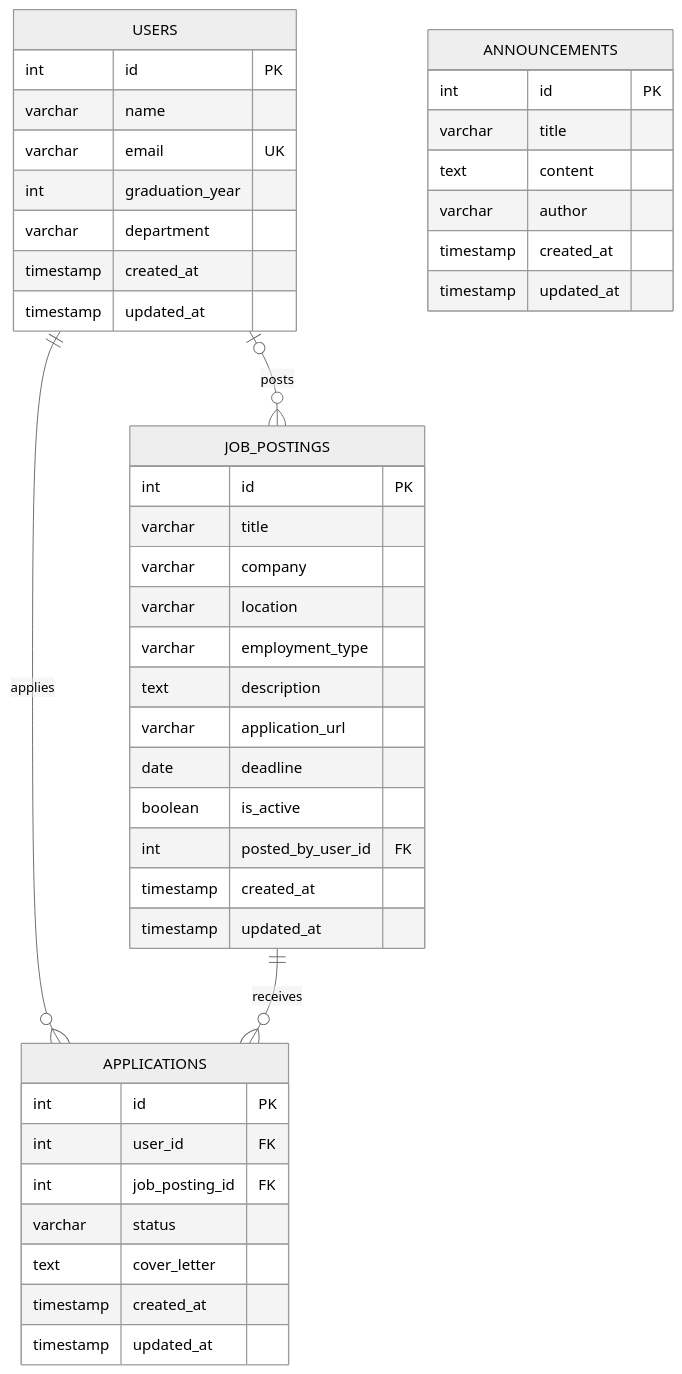
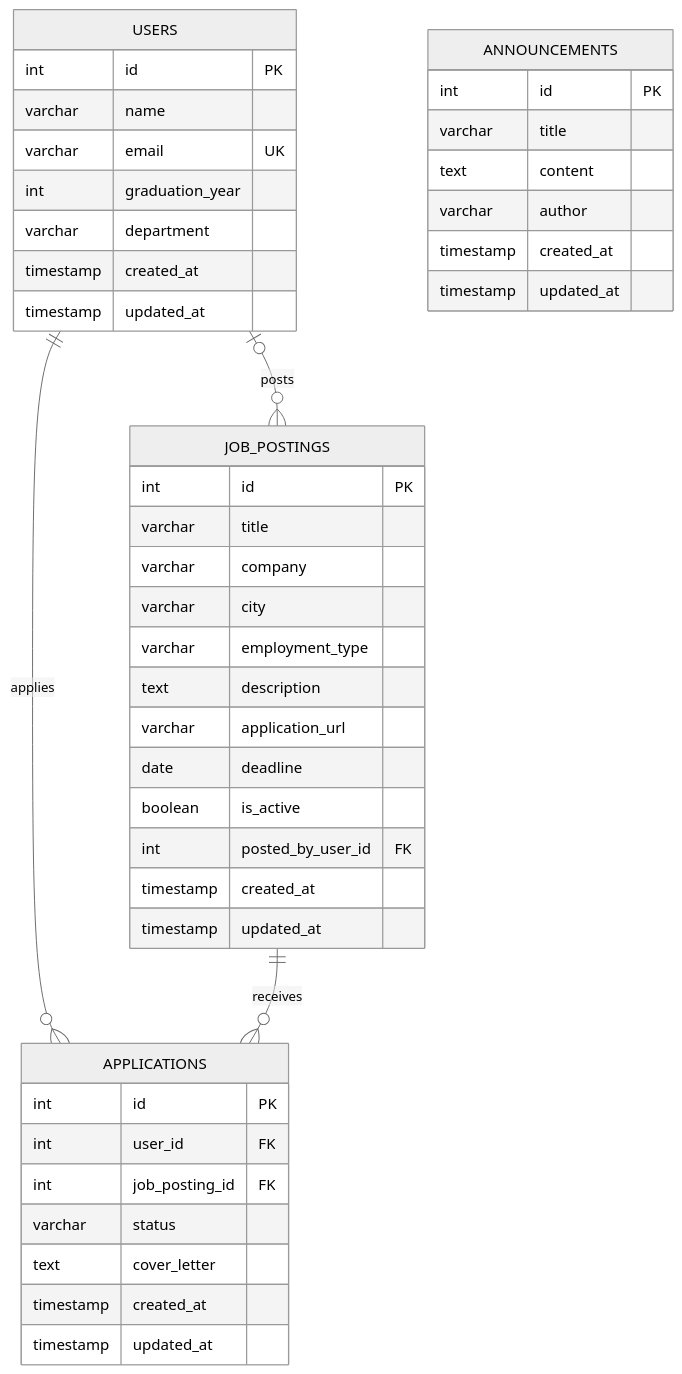
One commit to uumutkorkmaz/Alumni changed the diagram in ddd.md. Above: the diagram before and after it, drawn with Mermaid (neutral theme). The commit also changed other lines of this file and 19 other files, not shown here.

````diff
--- a/ddd.md
+++ b/ddd.md
@@ -104,46 +157,46 @@
 ```mermaid
 erDiagram
     USERS {
         int id PK
         varchar name
         varchar email UK
         int graduation_year
         varchar department
         timestamp created_at
         timestamp updated_at
     }
     ANNOUNCEMENTS {
         int id PK
         varchar title
         text content
         varchar author
         timestamp created_at
         timestamp updated_at
     }
     JOB_POSTINGS {
         int id PK
         varchar title
         varchar company
-        varchar location
+        varchar city
         varchar employment_type
         text description
         varchar application_url
         date deadline
         boolean is_active
         int posted_by_user_id FK
         timestamp created_at
         timestamp updated_at
     }
     APPLICATIONS {
         int id PK
         int user_id FK
         int job_posting_id FK
         varchar status
         text cover_letter
         timestamp created_at
         timestamp updated_at
     }
     USERS |o--o{ JOB_POSTINGS : "posts"
     USERS ||--o{ APPLICATIONS : "applies"
     JOB_POSTINGS ||--o{ APPLICATIONS : "receives"
 ```
````
